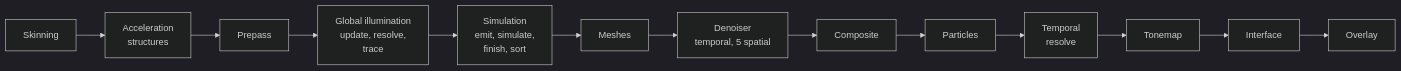
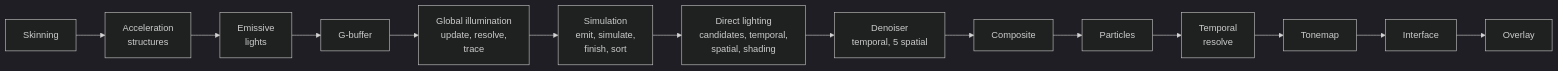
The ninth of 12 diagrams in docs/ARCHITECTURE.md (SBXdev3D/daidalos-engine-next), drawn with Mermaid (dark theme) before and after one commit. The commit also changed other lines of this file and 88 other files, not shown here.

````diff
--- a/docs/ARCHITECTURE.md
+++ b/docs/ARCHITECTURE.md
@@ -208,4 +212,4 @@
 ```mermaid
 flowchart LR
-    SK["Skinning"] --> AS["Acceleration<br/>structures"] --> PP["Prepass"] --> GI["Global illumination<br/>update, resolve,<br/>trace"] --> SI["Simulation<br/>emit, simulate,<br/>finish, sort"] --> ME["Meshes"] --> DN["Denoiser<br/>temporal, 5 spatial"] --> CO["Composite"] --> PA["Particles"] --> TR["Temporal<br/>resolve"] --> TO["Tonemap"] --> UI["Interface"] --> OV["Overlay"]
+    SK["Skinning"] --> AS["Acceleration<br/>structures"] --> EL["Emissive<br/>lights"] --> PP["G-buffer"] --> GI["Global illumination<br/>update, resolve,<br/>trace"] --> SI["Simulation<br/>emit, simulate,<br/>finish, sort"] --> ME["Direct lighting<br/>candidates, temporal,<br/>spatial, shading"] --> DN["Denoiser<br/>temporal, 5 spatial"] --> CO["Composite"] --> PA["Particles"] --> TR["Temporal<br/>resolve"] --> TO["Tonemap"] --> UI["Interface"] --> OV["Overlay"]
 ```
````
